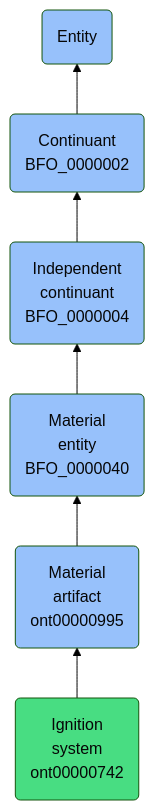
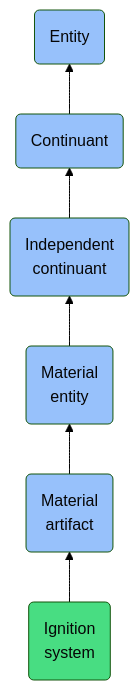
The diagram in docs/ontology/reference/model/Entity/Continuant/Independent continuant/Material entity/Material artifact/Ignition system/Ignition system.md (jupyter-naas/abi), drawn with Mermaid (forest theme) before and after one commit. The commit also changed other lines of this file and 1430 other files, not shown here.

````diff
--- a/docs/ontology/reference/model/Entity/Continuant/Independent continuant/Material entity/Material artifact/Ignition system/Ignition system.md
+++ b/docs/ontology/reference/model/Entity/Continuant/Independent continuant/Material entity/Material artifact/Ignition system/Ignition system.md
@@ -24,13 +24,13 @@
 ```mermaid
 graph BT
-    ont00000742(Ignition<br>system<br>ont00000742):::ABI-->ont00000995
-    ont00000995(Material<br>artifact<br>ont00000995):::BFO-->BFO_0000040
-    BFO_0000040(Material<br>entity<br>BFO_0000040):::BFO-->BFO_0000004
-    BFO_0000004(Independent<br>continuant<br>BFO_0000004):::BFO-->BFO_0000002
-    BFO_0000002(Continuant<br>BFO_0000002):::BFO-->BFO_0000001
+    ont00000742(Ignition<br>system):::ABI-->ont00000995
+    ont00000995(Material<br>artifact):::BFO-->BFO_0000040
+    BFO_0000040(Material<br>entity):::BFO-->BFO_0000004
+    BFO_0000004(Independent<br>continuant):::BFO-->BFO_0000002
+    BFO_0000002(Continuant):::BFO-->BFO_0000001
     BFO_0000001(Entity):::BFO
     
     classDef BFO fill:#97c1fb,color:#060606
     classDef CCO fill:#e4c51e,color:#060606
     classDef ABI fill:#48DD82,color:#060606
 ```
````
